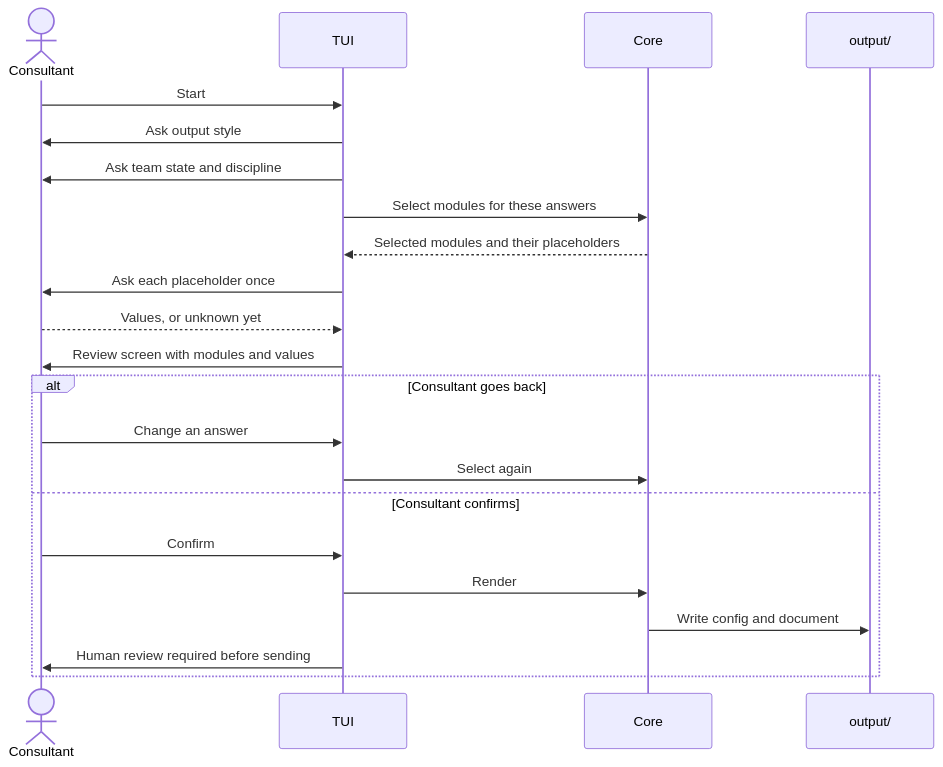
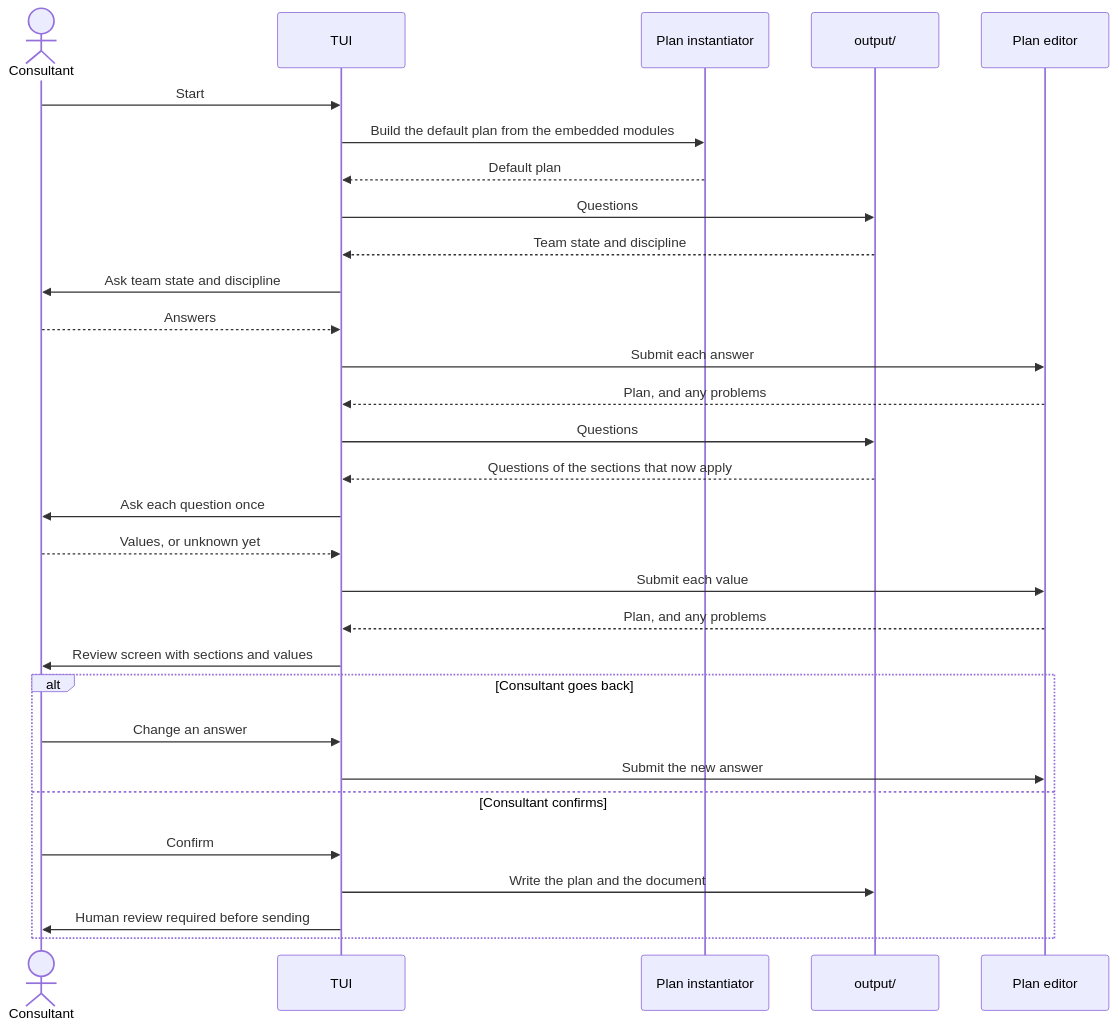
The first of 2 diagrams in docs/architecture/04-walkthrough-sequence.md (8thlight-daveloper/onboard-kit), drawn with Mermaid before and after one commit. The commit also changed other lines of this file and 10 other files, not shown here.

````diff
--- a/docs/architecture/04-walkthrough-sequence.md
+++ b/docs/architecture/04-walkthrough-sequence.md
@@ -9,25 +9,34 @@
 ```mermaid
 sequenceDiagram
     actor C as Consultant
     participant T as TUI
-    participant K as Core
+    participant I as Plan instantiator
+    participant F as Question finder
+    participant E as Plan editor
     participant F as output/
 
     C->>T: Start
-    T->>C: Ask output style
+    T->>I: Build the default plan from the embedded modules
+    I-->>T: Default plan
+    T->>F: Questions
+    F-->>T: Team state and discipline
     T->>C: Ask team state and discipline
-    T->>K: Select modules for these answers
-    K-->>T: Selected modules and their placeholders
-    T->>C: Ask each placeholder once
+    C-->>T: Answers
+    T->>E: Submit each answer
+    E-->>T: Plan, and any problems
+    T->>F: Questions
+    F-->>T: Questions of the sections that now apply
+    T->>C: Ask each question once
     C-->>T: Values, or unknown yet
-    T->>C: Review screen with modules and values
+    T->>E: Submit each value
+    E-->>T: Plan, and any problems
+    T->>C: Review screen with sections and values
     alt Consultant goes back
         C->>T: Change an answer
-        T->>K: Select again
+        T->>E: Submit the new answer
     else Consultant confirms
         C->>T: Confirm
-        T->>K: Render
-        K->>F: Write config and document
+        T->>F: Write the plan and the document
         T->>C: Human review required before sending
     end
 ```
````
